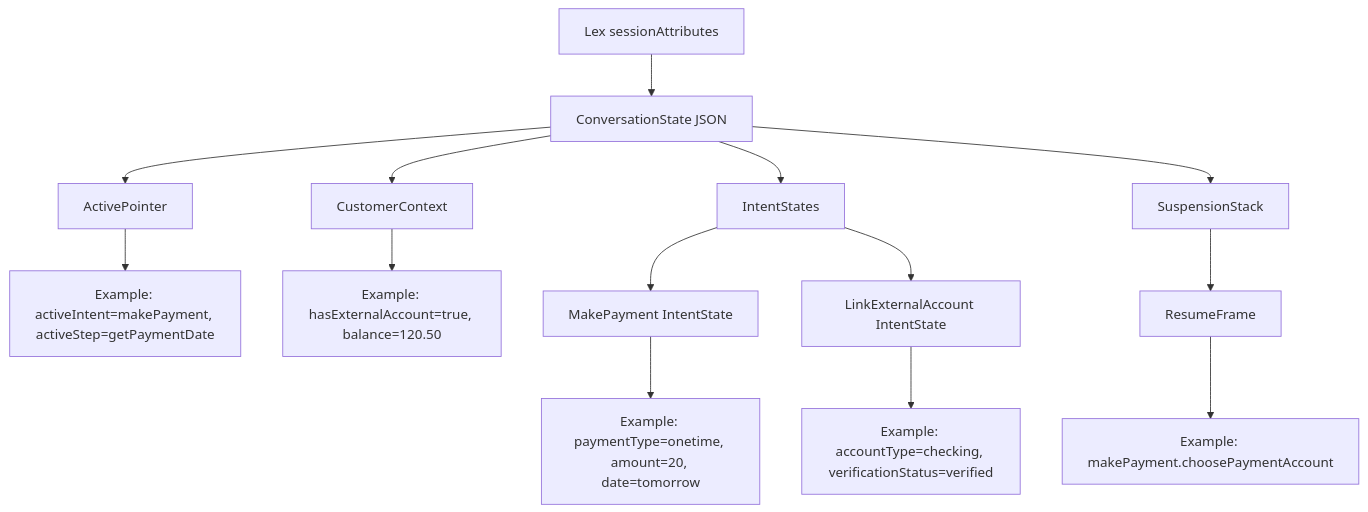
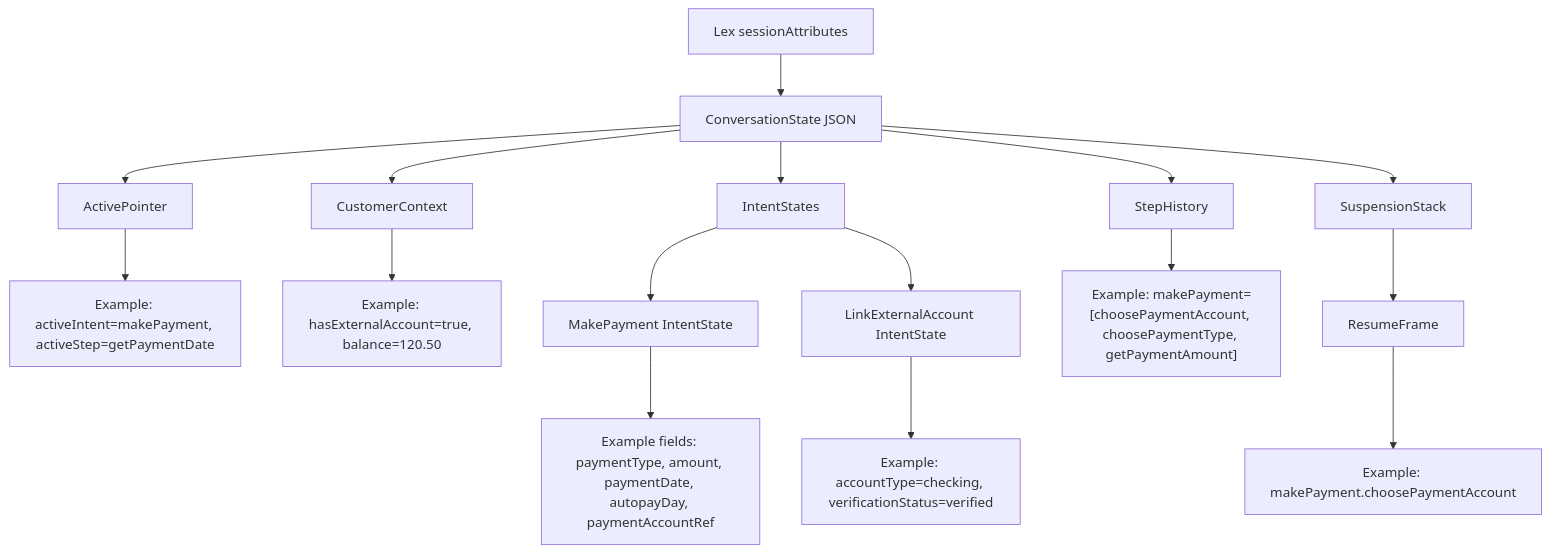
One commit to fghjkl007/adk-go-company-model-integration changed the sixth of 9 diagrams in docs/superpowers/specs/2026-06-07-intent-step-orchestration-confluence.md. Above: the diagram before and after it, drawn with Mermaid. The commit also changed other lines of this file and 2 other files, not shown here.

Commit message:
docs: update intent step orchestration design

````diff
--- a/docs/superpowers/specs/2026-06-07-intent-step-orchestration-confluence.md
+++ b/docs/superpowers/specs/2026-06-07-intent-step-orchestration-confluence.md
@@ -234,21 +269,24 @@
 ```mermaid
 flowchart TD
   SessionAttrs["Lex sessionAttributes"] --> Conv["ConversationState JSON"]
   Conv --> Active["ActivePointer"]
   Conv --> Customer["CustomerContext"]
   Conv --> Intents["IntentStates"]
+  Conv --> History["StepHistory"]
   Conv --> Stack["SuspensionStack"]
 
   Active --> ActiveEx["Example: activeIntent=makePayment, activeStep=getPaymentDate"]
 
   Customer --> CustomerEx["Example: hasExternalAccount=true, balance=120.50"]
 
   Intents --> MP["MakePayment IntentState"]
-  MP --> MPEx["Example: paymentType=onetime, amount=20, date=tomorrow"]
+  MP --> MPEx["Example fields: paymentType, amount, paymentDate, autopayDay, paymentAccountRef"]
 
   Intents --> LEA["LinkExternalAccount IntentState"]
   LEA --> LEAEx["Example: accountType=checking, verificationStatus=verified"]
 
+  History --> HistEx["Example: makePayment=[choosePaymentAccount, choosePaymentType, getPaymentAmount]"]
+
   Stack --> Frame["ResumeFrame"]
   Frame --> FrameEx["Example: makePayment.choosePaymentAccount"]
 ```
````
